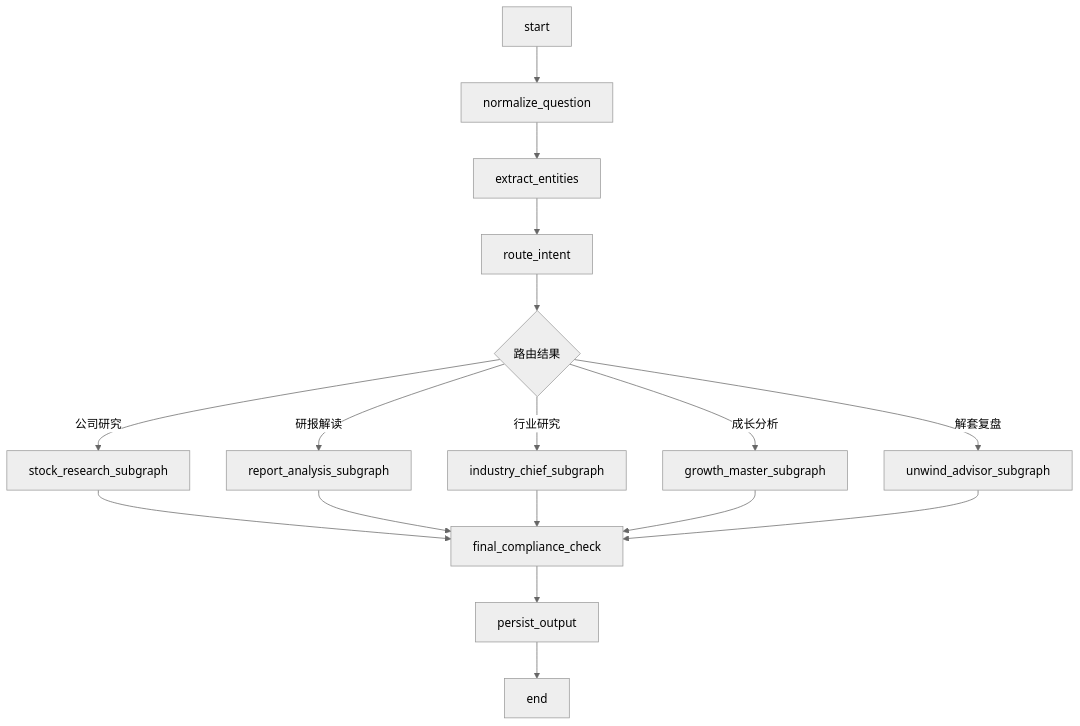
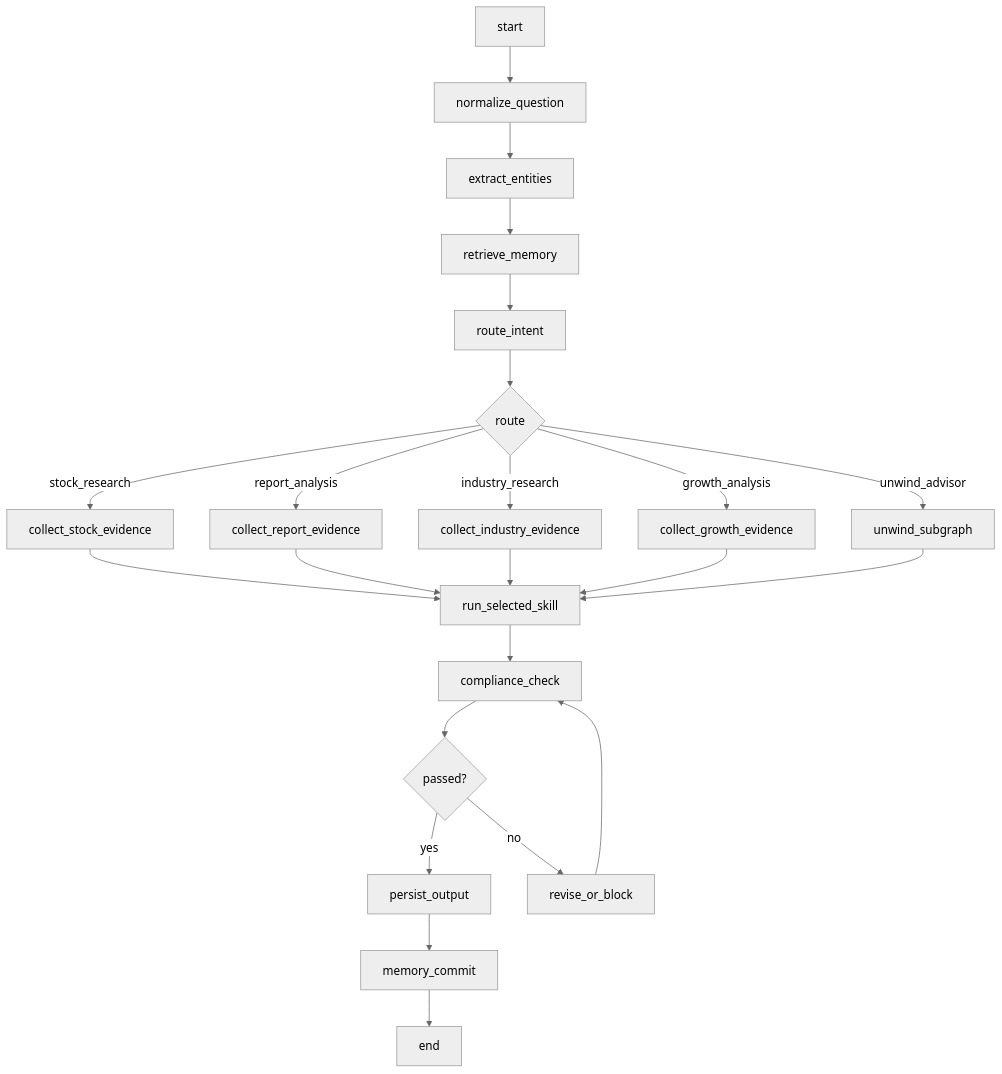
One commit to zhengzeyong9527-droid/Investment-research changed the fourth of 4 diagrams in 设计框架.md. Above: the diagram before and after it, drawn with Mermaid (neutral theme). The commit also changed other lines of this file and 8 other files, not shown here.

````diff
--- a/设计框架.md
+++ b/设计框架.md
@@ -245,19 +505,25 @@
 ```mermaid
 flowchart TD
   A["start"] --> B["normalize_question"]
   B --> C["extract_entities"]
-  C --> D["route_intent"]
-  D --> E{"路由结果"}
-  E -->|公司研究| F["stock_research_subgraph"]
-  E -->|研报解读| G["report_analysis_subgraph"]
-  E -->|行业研究| H["industry_chief_subgraph"]
-  E -->|成长分析| I["growth_master_subgraph"]
-  E -->|解套复盘| J["unwind_advisor_subgraph"]
-  F --> K["final_compliance_check"]
-  G --> K
-  H --> K
-  I --> K
-  J --> K
-  K --> L["persist_output"]
-  L --> M["end"]
+  C --> D["retrieve_memory"]
+  D --> E["route_intent"]
+  E --> F{"route"}
+  F -->|stock_research| G["collect_stock_evidence"]
+  F -->|report_analysis| H["collect_report_evidence"]
+  F -->|industry_research| I["collect_industry_evidence"]
+  F -->|growth_analysis| J["collect_growth_evidence"]
+  F -->|unwind_advisor| K["unwind_subgraph"]
+  G --> L["run_selected_skill"]
+  H --> L
+  I --> L
+  J --> L
+  K --> L
+  L --> M["compliance_check"]
+  M --> N{"passed?"}
+  N -->|yes| O["persist_output"]
+  N -->|no| P["revise_or_block"]
+  P --> M
+  O --> Q["memory_commit"]
+  Q --> R["end"]
 ```
````
